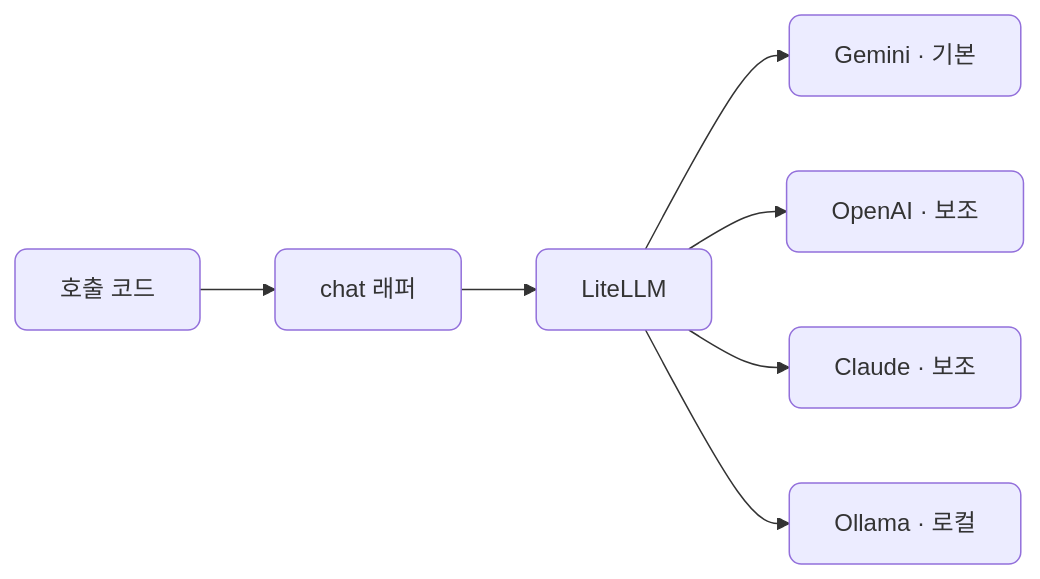
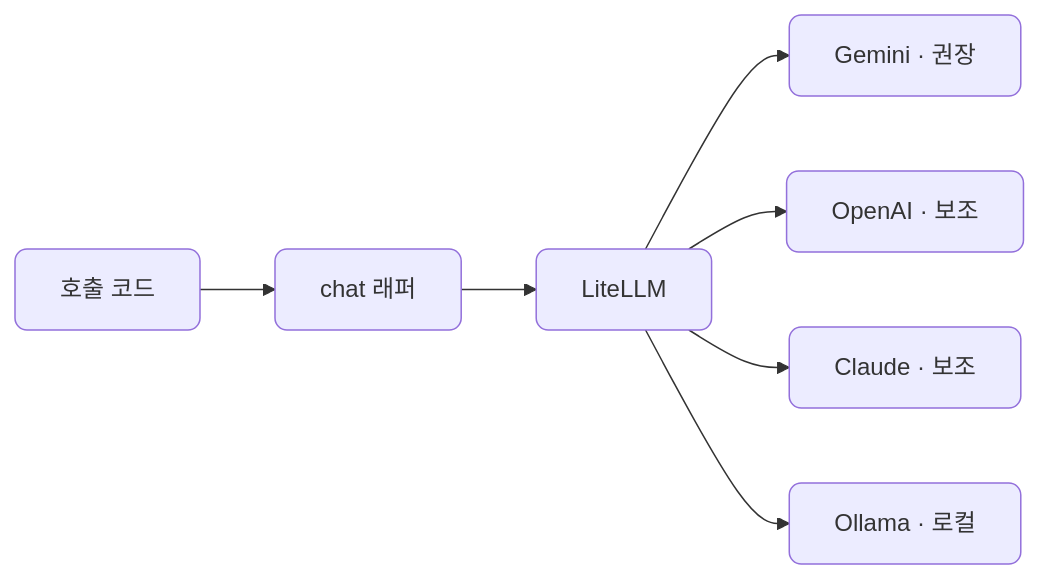
One commit to CodeCompose7/ai_service_engineering changed the first of 2 diagrams in docs/section1/README.md. Above: the diagram before and after it, drawn with Mermaid. The commit also changed other lines of this file and 12 other files, not shown here.

````diff
--- a/docs/section1/README.md
+++ b/docs/section1/README.md
@@ -26,10 +26,10 @@
 ```mermaid
 flowchart LR
   APP["호출 코드"] --> W["chat 래퍼"]
   W --> LL["LiteLLM"]
-  LL --> G["Gemini · 기본"]
+  LL --> G["Gemini · 권장"]
   LL --> O["OpenAI · 보조"]
   LL --> C["Claude · 보조"]
   LL --> OL["Ollama · 로컬"]
   classDef default rx:8,ry:8;
 ```
````
